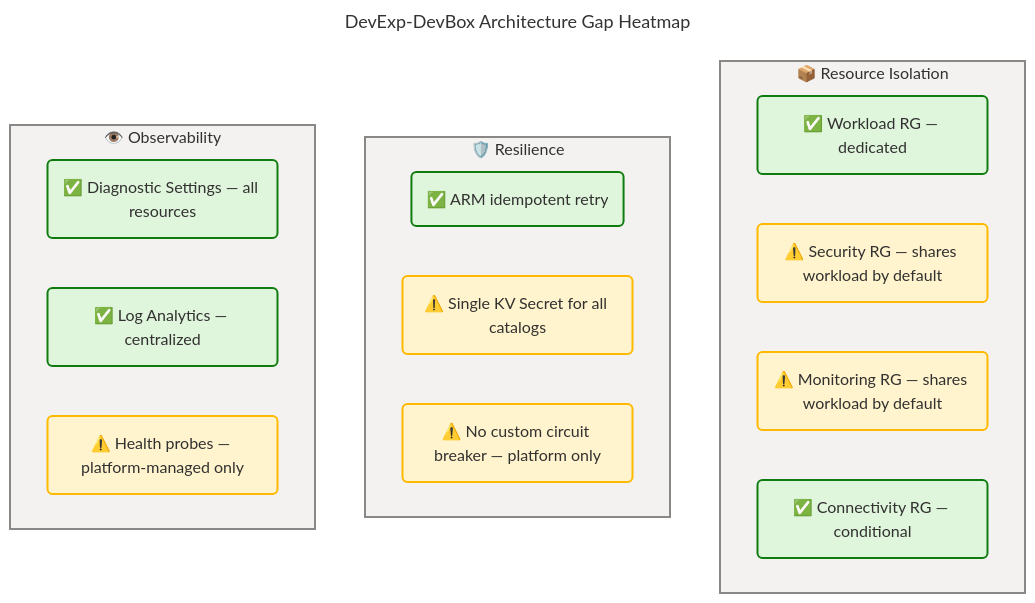
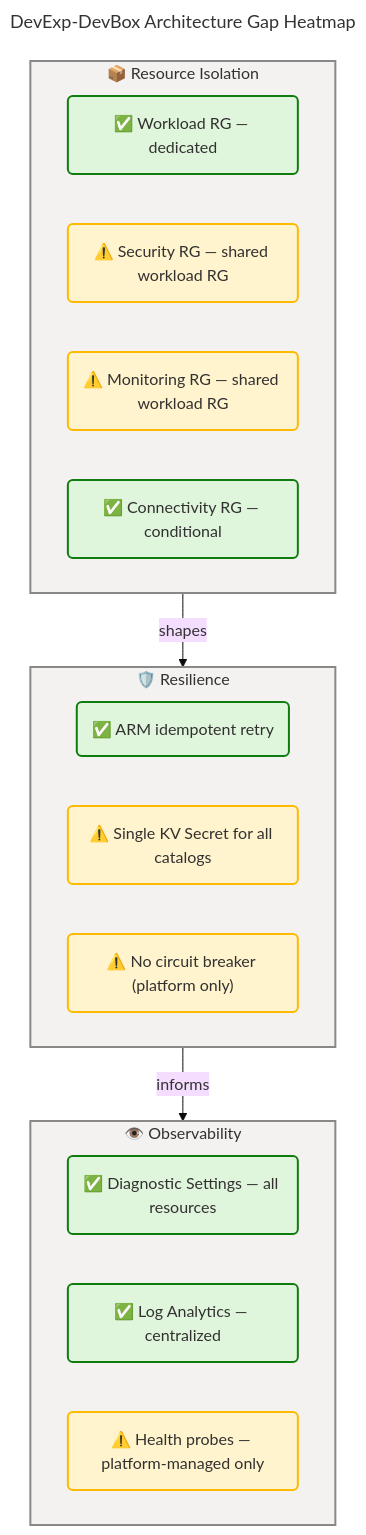
The sixth of 15 diagrams in docs/architecture/application-architecture.md (Evilazaro/DevExp-DevBox), drawn with Mermaid before and after one commit. The commit also changed other lines of this file, not shown here.

Commit message:
refactor: update YAML contract terminology and enhance diagram verification scores for improved clarity

````diff
--- a/docs/architecture/application-architecture.md
+++ b/docs/architecture/application-architecture.md
@@ -724,56 +724,59 @@
 ```mermaid
 ---
 title: DevExp-DevBox Architecture Gap Heatmap
 config:
   theme: base
   look: classic
   layout: dagre
   themeVariables:
     fontSize: '16px'
   flowchart:
     htmlLabels: true
 ---
 flowchart TB
     accTitle: DevExp-DevBox Architecture Gap Heatmap
     accDescr: Highlights current architecture gaps across isolation, resilience, and observability dimensions — green is fully addressed, yellow is a known conditional gap or active risk area
 
     %% ═══════════════════════════════════════════════════════════════════════════
     %% AZURE / FLUENT ARCHITECTURE PATTERN v1.1
     %% (Semantic + Structural + Font + Accessibility Governance)
     %% ═══════════════════════════════════════════════════════════════════════════
     %% PHASE 1 - FLUENT UI: All styling uses approved Fluent UI palette only
     %% PHASE 2 - GROUPS: Every subgraph has semantic color via style directive
     %% PHASE 3 - COMPONENTS: Every node has semantic classDef + icon prefix
     %% PHASE 4 - ACCESSIBILITY: accTitle/accDescr present, WCAG AA contrast
     %% PHASE 5 - STANDARD: Governance block present, classDefs centralized
     %% ═══════════════════════════════════════════════════════════════════════════
 
     subgraph isolation["📦 Resource Isolation"]
         rg1("✅ Workload RG — dedicated"):::success
-        rg2("⚠️ Security RG — shares workload by default"):::warning
-        rg3("⚠️ Monitoring RG — shares workload by default"):::warning
+        rg2("⚠️ Security RG — shared workload RG"):::warning
+        rg3("⚠️ Monitoring RG — shared workload RG"):::warning
         rg4("✅ Connectivity RG — conditional"):::success
     end
 
     subgraph resilience["🛡️ Resilience"]
         retry("✅ ARM idempotent retry"):::success
         kvsecret("⚠️ Single KV Secret for all catalogs"):::warning
-        cb("⚠️ No custom circuit breaker — platform only"):::warning
+        cb("⚠️ No circuit breaker (platform only)"):::warning
     end
 
     subgraph observability["👁️ Observability"]
         diag("✅ Diagnostic Settings — all resources"):::success
         mon("✅ Log Analytics — centralized"):::success
         health("⚠️ Health probes — platform-managed only"):::warning
     end
+
+    isolation -->|"shapes"| resilience
+    resilience -->|"informs"| observability
 
     style isolation fill:#F3F2F1,stroke:#8A8886,stroke-width:2px,color:#323130
     style resilience fill:#F3F2F1,stroke:#8A8886,stroke-width:2px,color:#323130
     style observability fill:#F3F2F1,stroke:#8A8886,stroke-width:2px,color:#323130
 
     classDef neutral fill:#FAFAFA,stroke:#8A8886,stroke-width:2px,color:#323130
     classDef core fill:#EFF6FC,stroke:#0078D4,stroke-width:2px,color:#323130
     classDef success fill:#DFF6DD,stroke:#107C10,stroke-width:2px,color:#323130
     classDef warning fill:#FFF4CE,stroke:#FFB900,stroke-width:2px,color:#323130
     classDef danger fill:#FDE7E9,stroke:#D13438,stroke-width:2px,color:#323130
 ```
````
